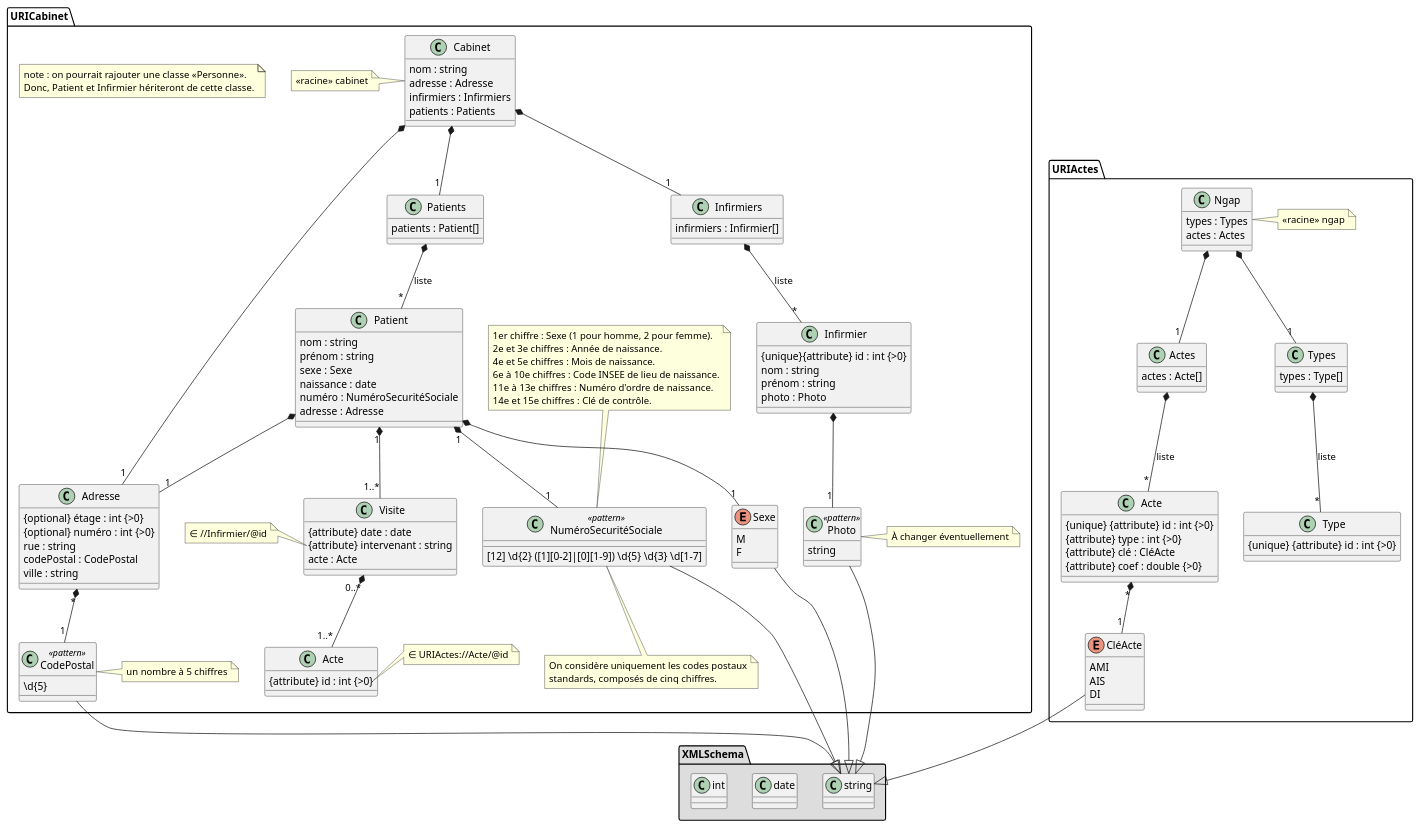
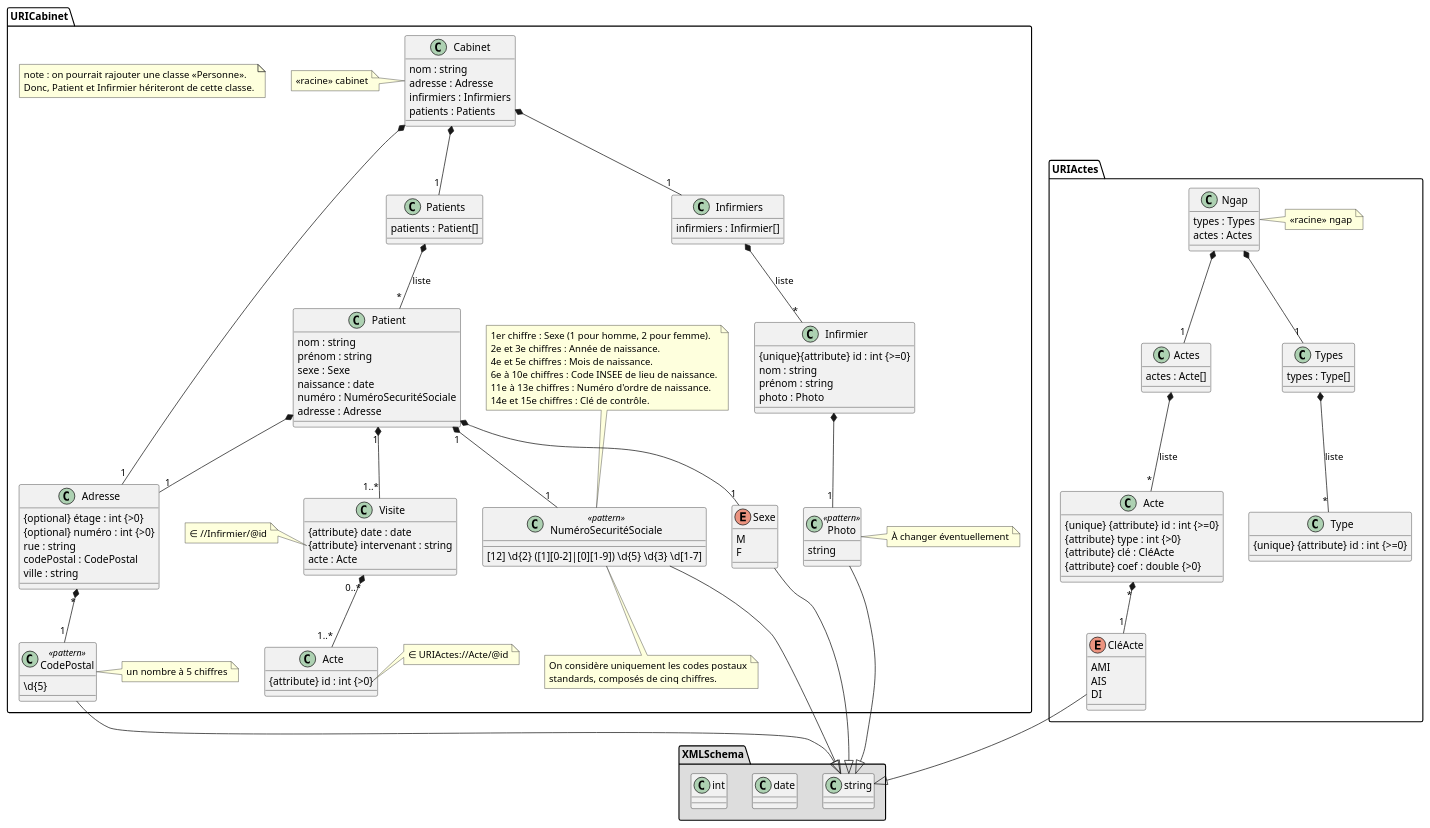
Before and after one commit to TennesseeAlves/CabinetInfirmier: the diagram in data/uml/cabinet.puml, drawn with PlantUML. The commit also changed 3 other files, not shown here.

```diff
--- a/data/uml/cabinet.puml
+++ b/data/uml/cabinet.puml
@@ -1,182 +1,182 @@
 @startuml
 
 'skinparam linetype ortho
 'l'instruction au dessus est pour avoir des lignes orthogonales...
 
 package XMLSchema #DDDDDD {
     class string
     class date
     class int
 }
 
 package URICabinet {
     note as noteHeritagePersonne
         note : on pourrait rajouter une classe «Personne».
         Donc, Patient et Infirmier hériteront de cette classe.
     end note
     
     class Cabinet {
         nom : string
         adresse : Adresse
         infirmiers : Infirmiers
         patients : Patients
     }
     note left of Cabinet
         <<racine>> cabinet
     end note
     
     class Patients {
         patients : Patient[]
     }
     class Infirmiers {
         infirmiers : Infirmier[]
     }
     
     class Infirmier {
-        {unique}{attribute} id : int {>0} 
+        {unique}{attribute} id : int {>=0} 
         nom : string
         prénom : string
         photo : Photo
     }
     class Photo <<pattern>> {
         string
     }
     note right of Photo
         À changer éventuellement
     end note
     
     class Patient {
         nom : string
         prénom : string
         sexe : Sexe
         naissance : date
         numéro : NuméroSecuritéSociale
         adresse : Adresse
     }
     
     class Adresse {
         {optional} étage : int {>0}
         {optional} numéro : int {>0}
         rue : string
         codePostal : CodePostal
         ville : string
     }
     
     Enum Sexe  {
         M
         F
     }
     
     class NuméroSecuritéSociale <<pattern>> {
         [12] \d{2} ([1][0-2]|[0][1-9]) \d{5} \d{3} \d[1-7]
     }
     note top of NuméroSecuritéSociale
         1er chiffre : Sexe (1 pour homme, 2 pour femme).
         2e et 3e chiffres : Année de naissance.
         4e et 5e chiffres : Mois de naissance.
         6e à 10e chiffres : Code INSEE de lieu de naissance.
         11e à 13e chiffres : Numéro d'ordre de naissance.
         14e et 15e chiffres : Clé de contrôle.
     end note
     note bottom of NuméroSecuritéSociale
         On considère uniquement les codes postaux
         standards, composés de cinq chiffres.
     end note
     
     class CodePostal <<pattern>> {
         \d{5}
     }
     note right of CodePostal
         un nombre à 5 chiffres
     end note
     
     class Visite {
         {attribute} date : date
         {attribute} intervenant : string
         acte : Acte
     }
     note left of Visite::intervenant
         ∈ //Infirmier/@id
     end note
     
     class Acte {
         {attribute} id : int {>0}
     }
     note right of Acte::id
         ∈ URIActes://Acte/@id
     end note
     
     Cabinet *--"1" Infirmiers
     Cabinet *--"1" Patients
     Cabinet *--"1" Adresse
     
     Infirmier *-- "1" Photo
     
     Infirmiers *-- "*" Infirmier : liste
     
     Patient *--"1" Sexe
     Patient "1"*--"1..*" Visite
     Patient "1"*--"1" NuméroSecuritéSociale
     Patient *--"1" Adresse
     
     Patients *-- "*" Patient : liste
     
     Visite "0..*"*--"1..*" Acte
     
     Adresse "*" *--"1" CodePostal
     
     Sexe --|> string
     NuméroSecuritéSociale --|> string
     CodePostal --|> string
     Photo --|> string
 }
 
 
 
 package URIActes {
     class Ngap {
         types : Types
         actes : Actes
     }
     note right of Ngap
         «racine» ngap
     end note
     class Acte {
-        {unique} {attribute} id : int {>0}
+        {unique} {attribute} id : int {>=0}
         {attribute} type : int {>0}
         {attribute} clé : CléActe
         {attribute} coef : double {>0}
     }
     note right of Acte::type
         ∈ //Type/@id
     end note
     
     class Actes {
         actes : Acte[]
     }
     
     class Type {
-        {unique} {attribute} id : int {>0}
+        {unique} {attribute} id : int {>=0}
     }
     class Types {
         types : Type[]
     }
     
     enum CléActe {
         AMI
         AIS
         DI
     }
     
     Ngap *--"1" Types
     Ngap *--"1" Actes
     
     Actes *--"*" Acte : liste
     Acte "*"*--"1" CléActe
     
     Types *--"*" Type : liste
     
     CléActe --|> string
 }
 
 @enduml
```
